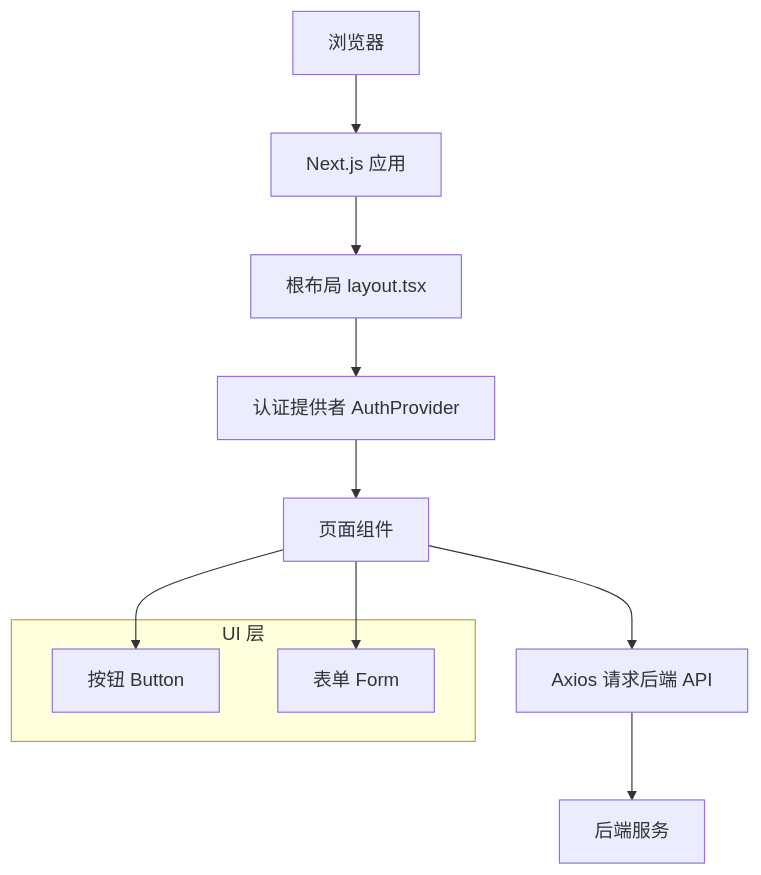
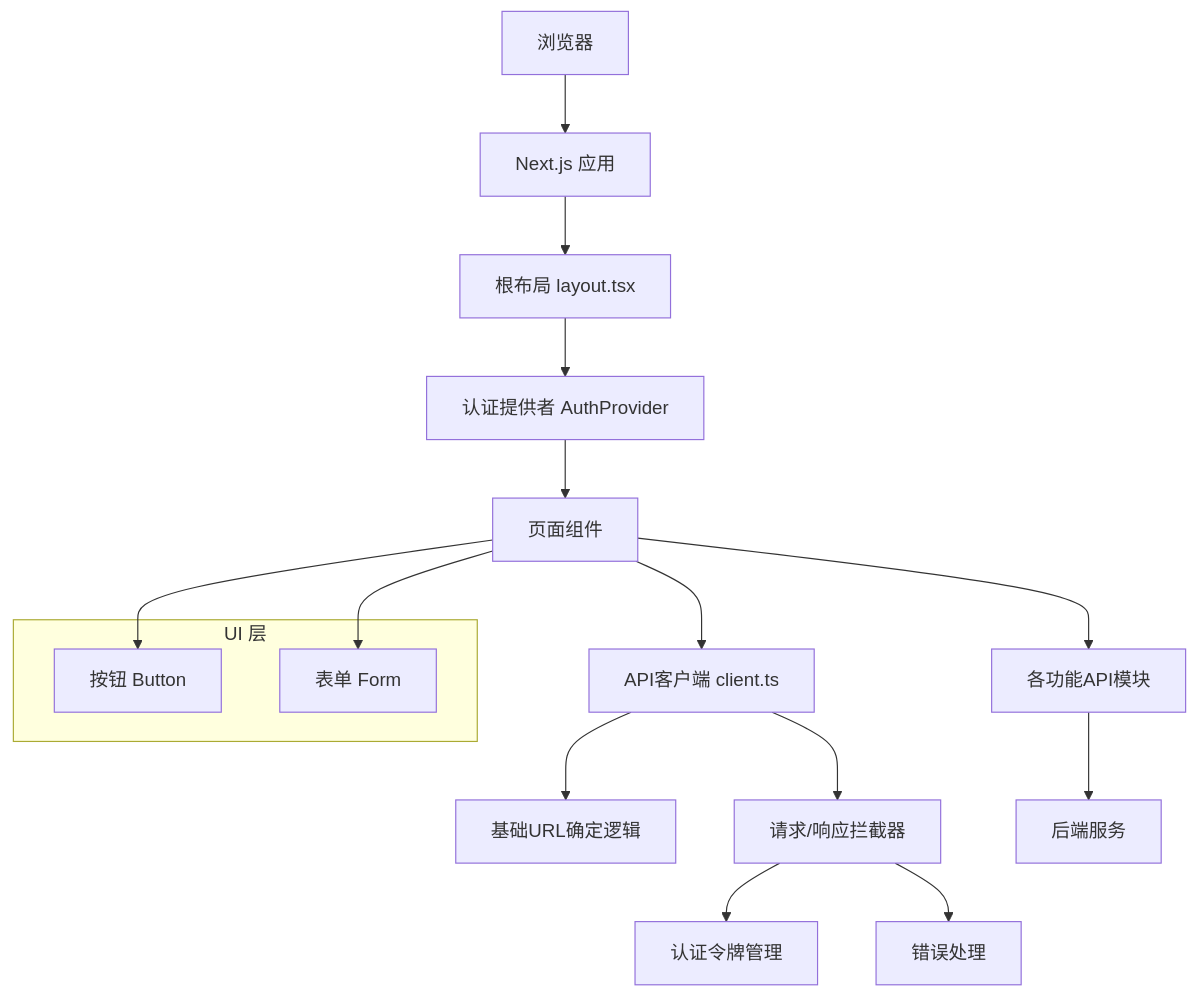
One commit to breeze-lyf/ai-stock-advisor changed the second of 7 diagrams in .qoder/repowiki/zh/content/前端开发指南/前端开发指南.md. Above: the diagram before and after it, drawn with Mermaid. The commit also changed other lines of this file and 52 other files, not shown here.

````diff
--- a/.qoder/repowiki/zh/content/前端开发指南/前端开发指南.md
+++ b/.qoder/repowiki/zh/content/前端开发指南/前端开发指南.md
@@ -116,15 +120,20 @@
 ```mermaid
 graph TB
 Browser["浏览器"] --> Next["Next.js 应用"]
 Next --> Layout["根布局 layout.tsx"]
 Layout --> Provider["认证提供者 AuthProvider"]
 Provider --> Pages["页面组件"]
-Pages --> API["Axios 请求后端 API"]
+Pages --> APIClient["API客户端 client.ts"]
+APIClient --> BaseURL["基础URL确定逻辑"]
+APIClient --> Interceptors["请求/响应拦截器"]
+Interceptors --> AuthToken["认证令牌管理"]
+Interceptors --> ErrorHandling["错误处理"]
+Pages --> API["各功能API模块"]
 API --> Backend["后端服务"]
 subgraph "UI 层"
 Btn["按钮 Button"]
 Frm["表单 Form"]
 end
 Pages --> Btn
 Pages --> Frm
 ```
````
